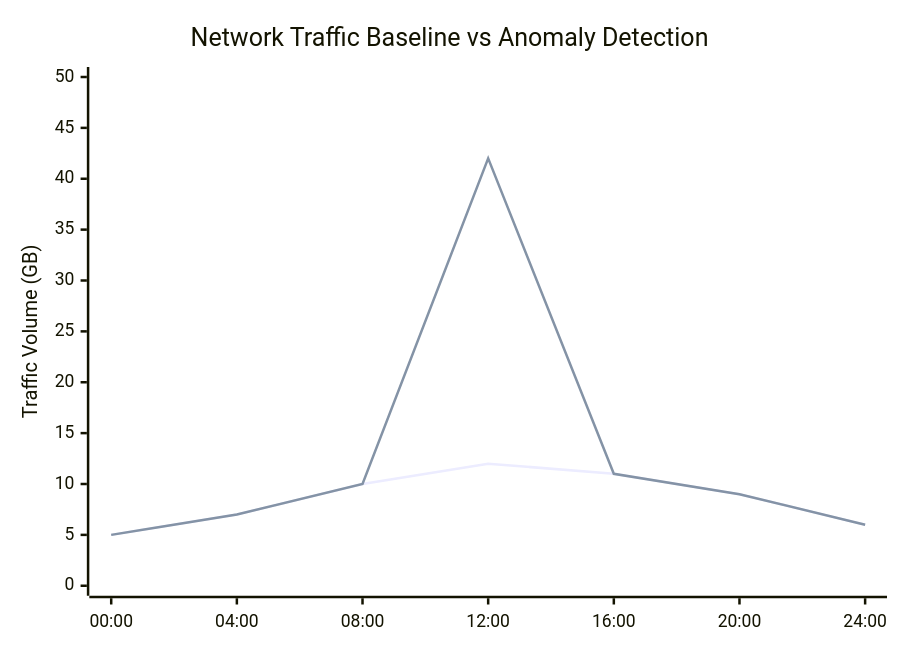
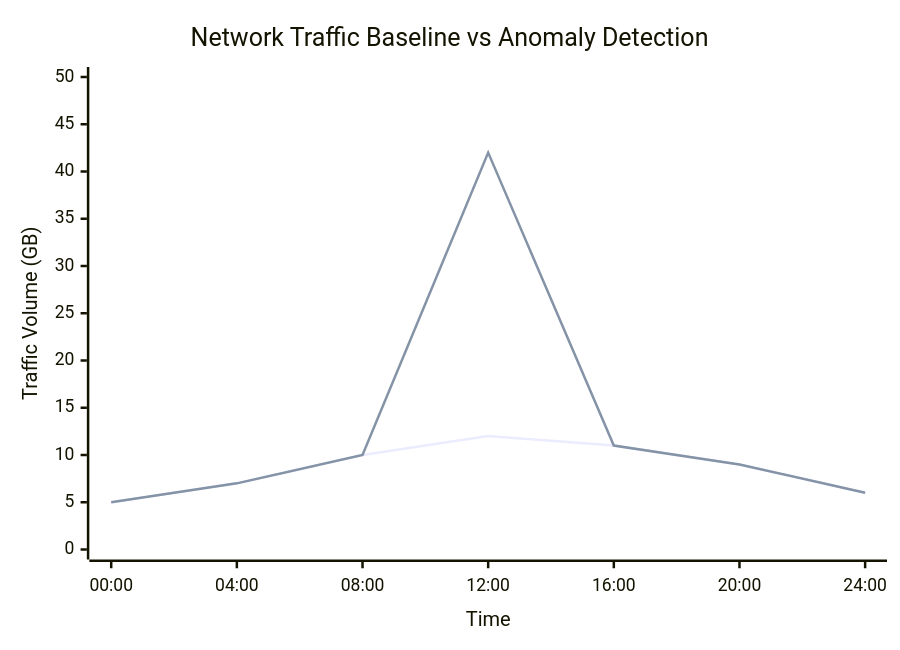
Before and after one commit to trisulnsm/trisullearn: the diagram in glossary/docs/A/anomaly-detection.md, drawn with Mermaid. The commit also changed other lines of this file and 5 other files, not shown here.

````diff
--- a/glossary/docs/A/anomaly-detection.md
+++ b/glossary/docs/A/anomaly-detection.md
@@ -48,9 +35,8 @@
 ```mermaid
 xychart-beta
     title "Network Traffic Baseline vs Anomaly Detection"
-    x-axis ["00:00", "04:00", "08:00", "12:00", "16:00", "20:00", "24:00"]
+    x-axis "Time" ["00:00", "04:00", "08:00", "12:00", "16:00", "20:00", "24:00"]
     y-axis "Traffic Volume (GB)" 0 --> 50
-
     line "Normal Baseline" [5, 7, 10, 12, 11, 9, 6]
     line "Observed Traffic" [5, 7, 10, 42, 11, 9, 6]
 ```
````
